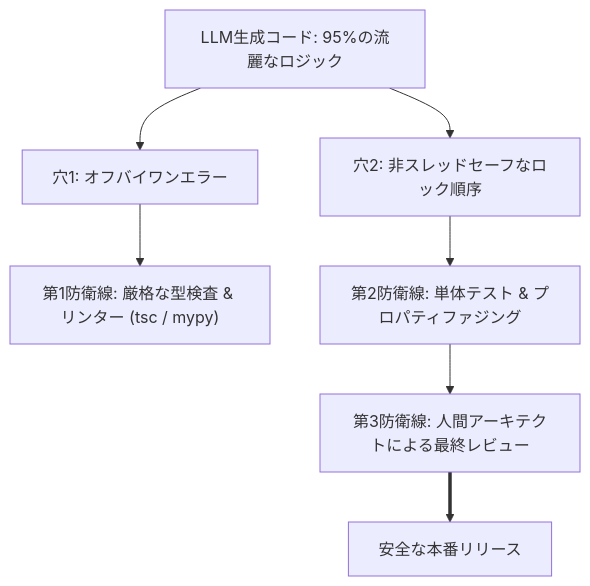
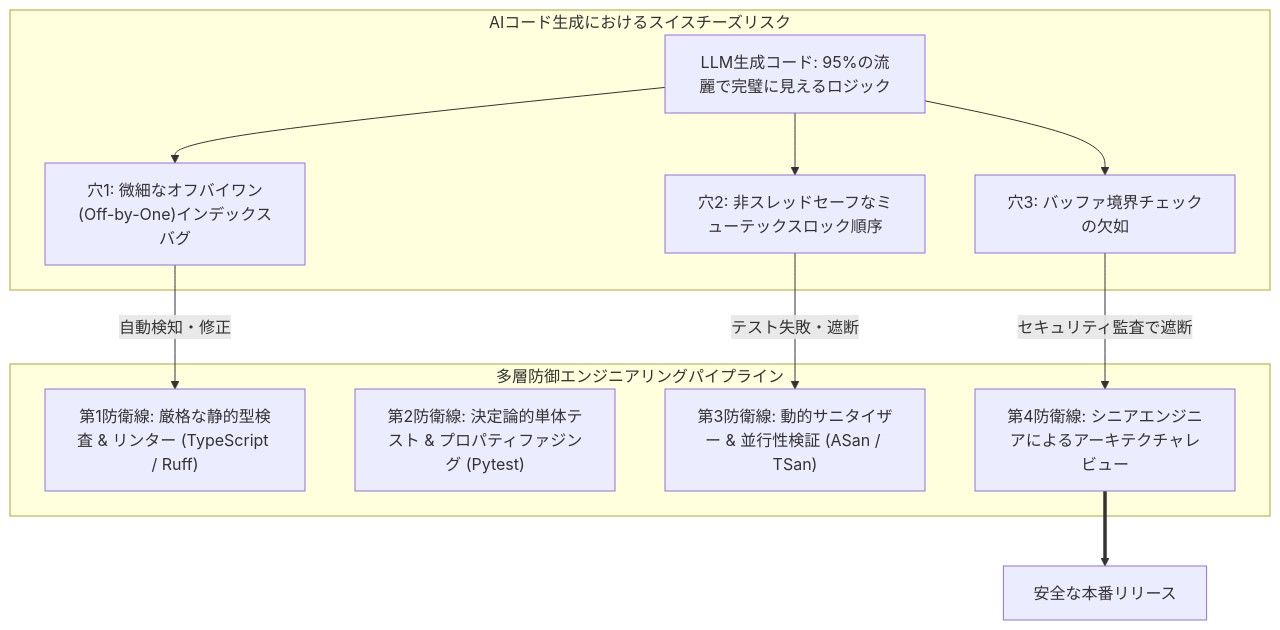
One commit to jbjihwan/global_blog changed the third of 4 diagrams in i18n/ja/docusaurus-plugin-content-blog/2026-10-23-stanford-cs146s-2/index.md. Above: the diagram before and after it, drawn with Mermaid. The commit also changed other lines of this file and 10 other files, not shown here.

````diff
--- a/i18n/ja/docusaurus-plugin-content-blog/2026-10-23-stanford-cs146s-2/index.md
+++ b/i18n/ja/docusaurus-plugin-content-blog/2026-10-23-stanford-cs146s-2/index.md
@@ -54,9 +119,22 @@
 ```mermaid
 flowchart TD
-    A["LLM生成コード: 95%の流麗なロジック"] --> H1["穴1: オフバイワンエラー"]
-    A --> H2["穴2: 非スレッドセーフなロック順序"]
-    H1 --> L1["第1防衛線: 厳格な型検査 & リンター (tsc / mypy)"]
-    H2 --> L2["第2防衛線: 単体テスト & プロパティファジング"]
-    L2 --> L3["第3防衛線: 人間アーキテクトによる最終レビュー"]
-    L3 ==> PASS[安全な本番リリース]
+    subgraph チーズの脆弱性 ["AIコード生成におけるスイスチーズリスク"]
+        A["LLM生成コード: 95%の流麗で完璧に見えるロジック"]
+        H1["穴1: 微細なオフバイワン(Off-by-One)インデックスバグ"]
+        H2["穴2: 非スレッドセーフなミューテックスロック順序"]
+        H3["穴3: バッファ境界チェックの欠如"]
+    end
+
+    subgraph 多層防衛パイプライン ["多層防御エンジニアリングパイプライン"]
+        L1["第1防衛線: 厳格な静的型検査 & リンター (TypeScript / Ruff)"]
+        L2["第2防衛線: 決定論的単体テスト & プロパティファジング (Pytest)"]
+        L3["第3防衛線: 動的サニタイザー & 並行性検証 (ASan / TSan)"]
+        L4["第4防衛線: シニアエンジニアによるアーキテクチャレビュー"]
+    end
+
+    A --> H1 & H2 & H3
+    H1 -->|自動検知・修正| L1
+    H2 -->|テスト失敗・遮断| L3
+    H3 -->|セキュリティ監査で遮断| L4
+    L4 ==> PASS[安全な本番リリース]
 ```
````
